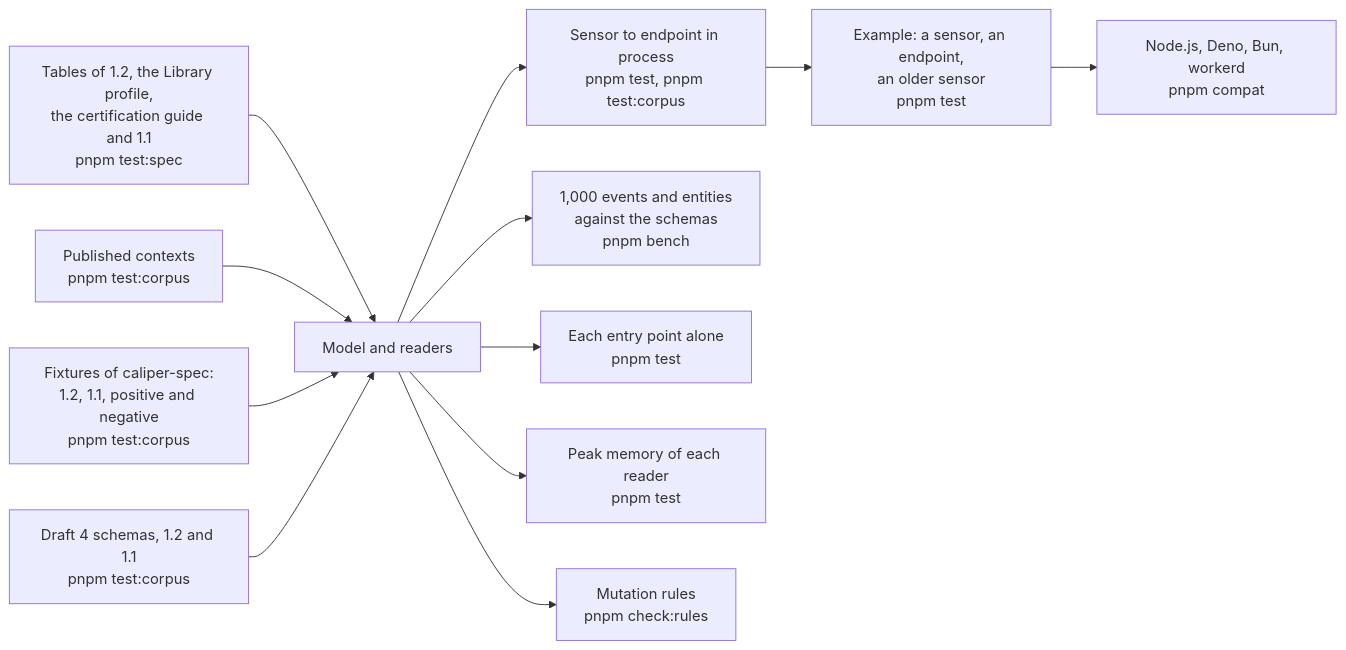
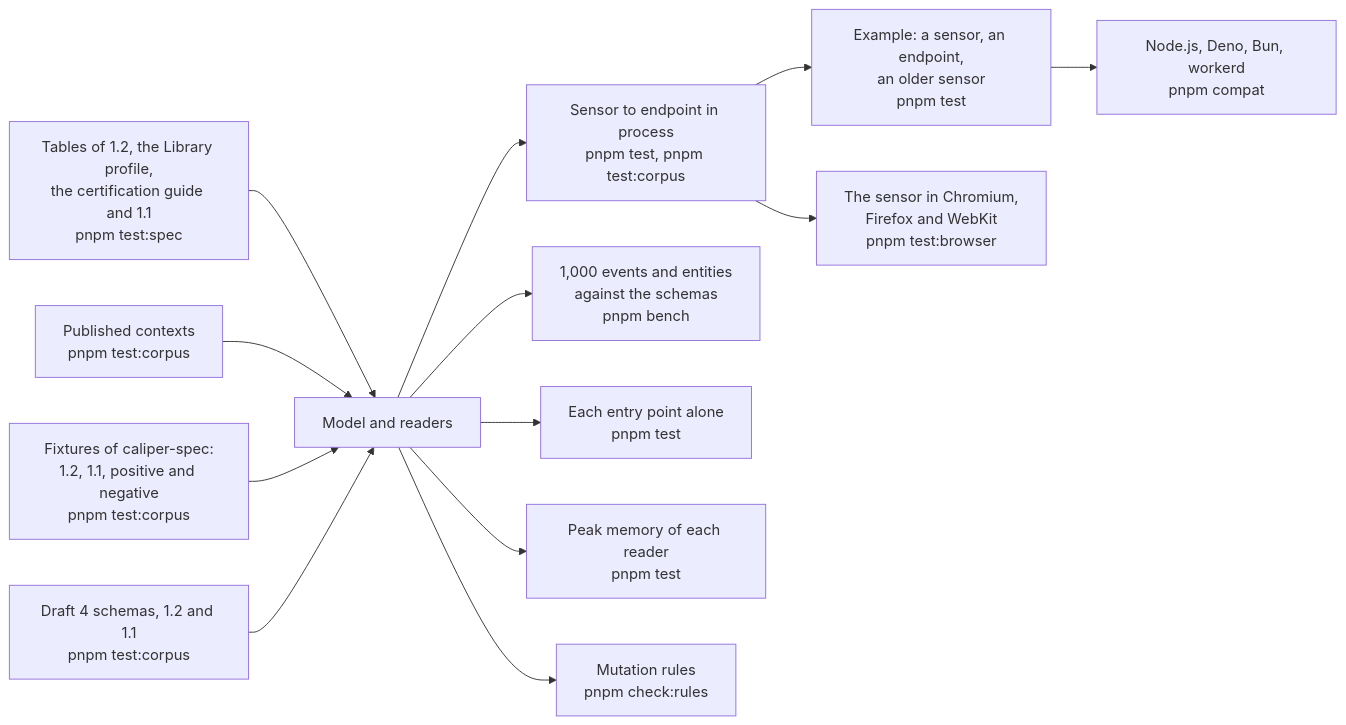
Before and after one commit to interopkit/interopkit: the diagram in docs/learning-analytics/evidence.md, drawn with Mermaid. The commit also changed other lines of this file and 3 other files, not shown here.

Commit message:
Run the path of a Caliper sensor in Chromium, Firefox and WebKit: identifiers, builders, readers and a send to an endpoint in the page

````diff
--- a/docs/learning-analytics/evidence.md
+++ b/docs/learning-analytics/evidence.md
@@ -8,14 +8,15 @@
 ```mermaid
 flowchart LR
   tables["Tables of 1.2, the Library profile,<br/>the certification guide and 1.1<br/>pnpm test:spec"] --> model["Model and readers"]
   contexts["Published contexts<br/>pnpm test:corpus"] --> model
   fixtures["Fixtures of caliper-spec:<br/>1.2, 1.1, positive and negative<br/>pnpm test:corpus"] --> model
   schemas["Draft 4 schemas, 1.2 and 1.1<br/>pnpm test:corpus"] --> model
   model --> roundtrip["Sensor to endpoint in process<br/>pnpm test, pnpm test:corpus"]
   roundtrip --> example["Example: a sensor, an endpoint,<br/>an older sensor<br/>pnpm test"]
   example --> runtimes["Node.js, Deno, Bun, workerd<br/>pnpm compat"]
+  roundtrip --> browsers["The sensor in Chromium,<br/>Firefox and WebKit<br/>pnpm test:browser"]
   model --> speed["1,000 events and entities<br/>against the schemas<br/>pnpm bench"]
   model --> size["Each entry point alone<br/>pnpm test"]
   model --> memory["Peak memory of each reader<br/>pnpm test"]
   model --> rules["Mutation rules<br/>pnpm check:rules"]
 ```
````
